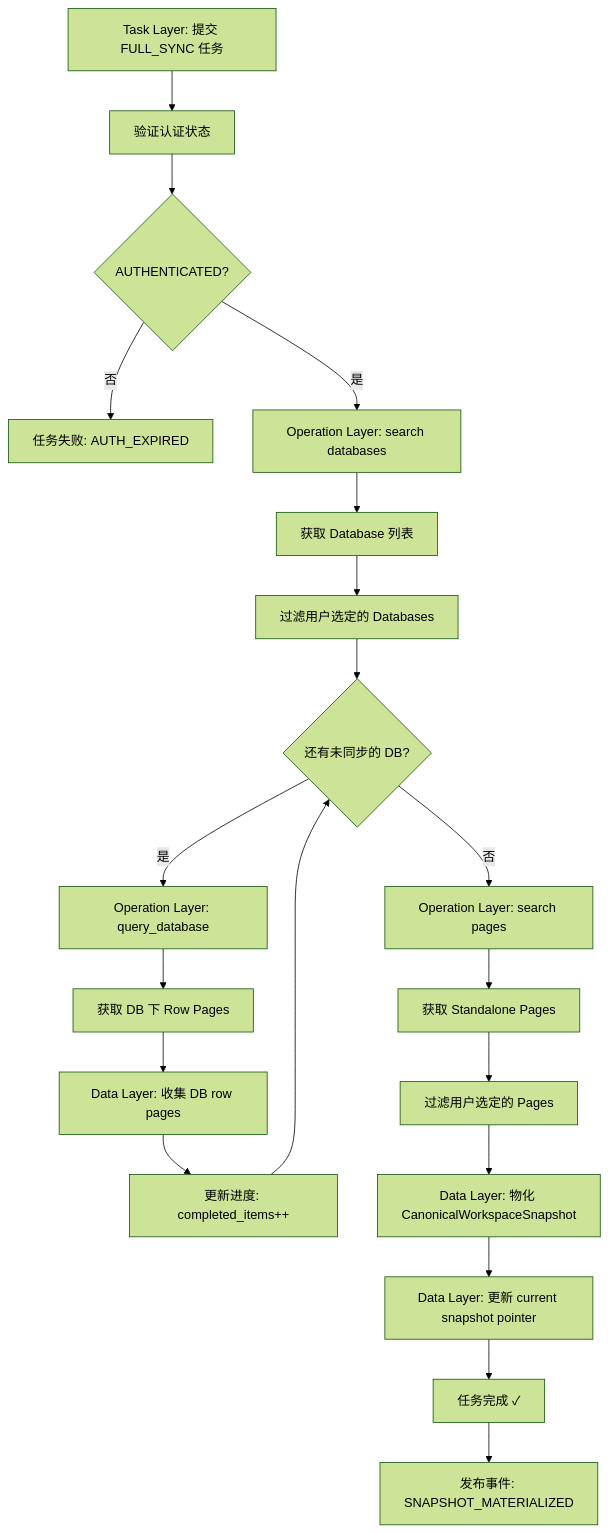
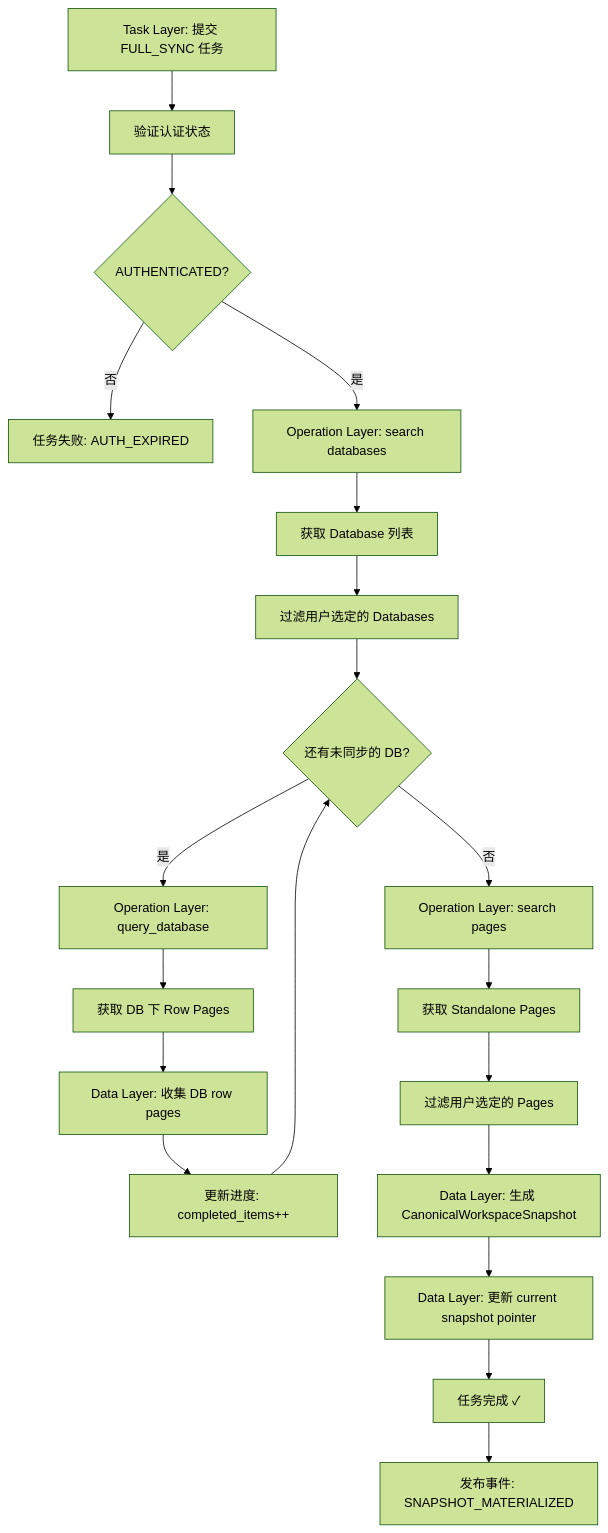
One commit to glide-the/im-dream changed the fifth of 18 diagrams in docs/design/claude-agent/notion-point/resource-connector-flowcharts.md. Above: the diagram before and after it, drawn with Mermaid (forest theme). The commit also changed other lines of this file and 51 other files, not shown here.

````diff
--- a/docs/design/claude-agent/notion-point/resource-connector-flowcharts.md
+++ b/docs/design/claude-agent/notion-point/resource-connector-flowcharts.md
@@ -156,25 +156,25 @@
 ```mermaid
 flowchart TD
     A[Task Layer: 提交 FULL_SYNC 任务] --> B[验证认证状态]
     B --> C{AUTHENTICATED?}
     C -->|否| D[任务失败: AUTH_EXPIRED]
     C -->|是| E[Operation Layer: search databases]
 
     E --> F[获取 Database 列表]
     F --> G[过滤用户选定的 Databases]
     G --> H{还有未同步的 DB?}
 
     H -->|是| I[Operation Layer: query_database]
     I --> J[获取 DB 下 Row Pages]
     J --> K[Data Layer: 收集 DB row pages]
     K --> L[更新进度: completed_items++]
     L --> H
 
     H -->|否| M[Operation Layer: search pages]
     M --> N[获取 Standalone Pages]
     N --> O[过滤用户选定的 Pages]
-    O --> P[Data Layer: 物化 CanonicalWorkspaceSnapshot]
+    O --> P[Data Layer: 生成 CanonicalWorkspaceSnapshot]
     P --> Q[Data Layer: 更新 current snapshot pointer]
     Q --> R[任务完成 ✓]
     R --> S[发布事件: SNAPSHOT_MATERIALIZED]
 ```
````
